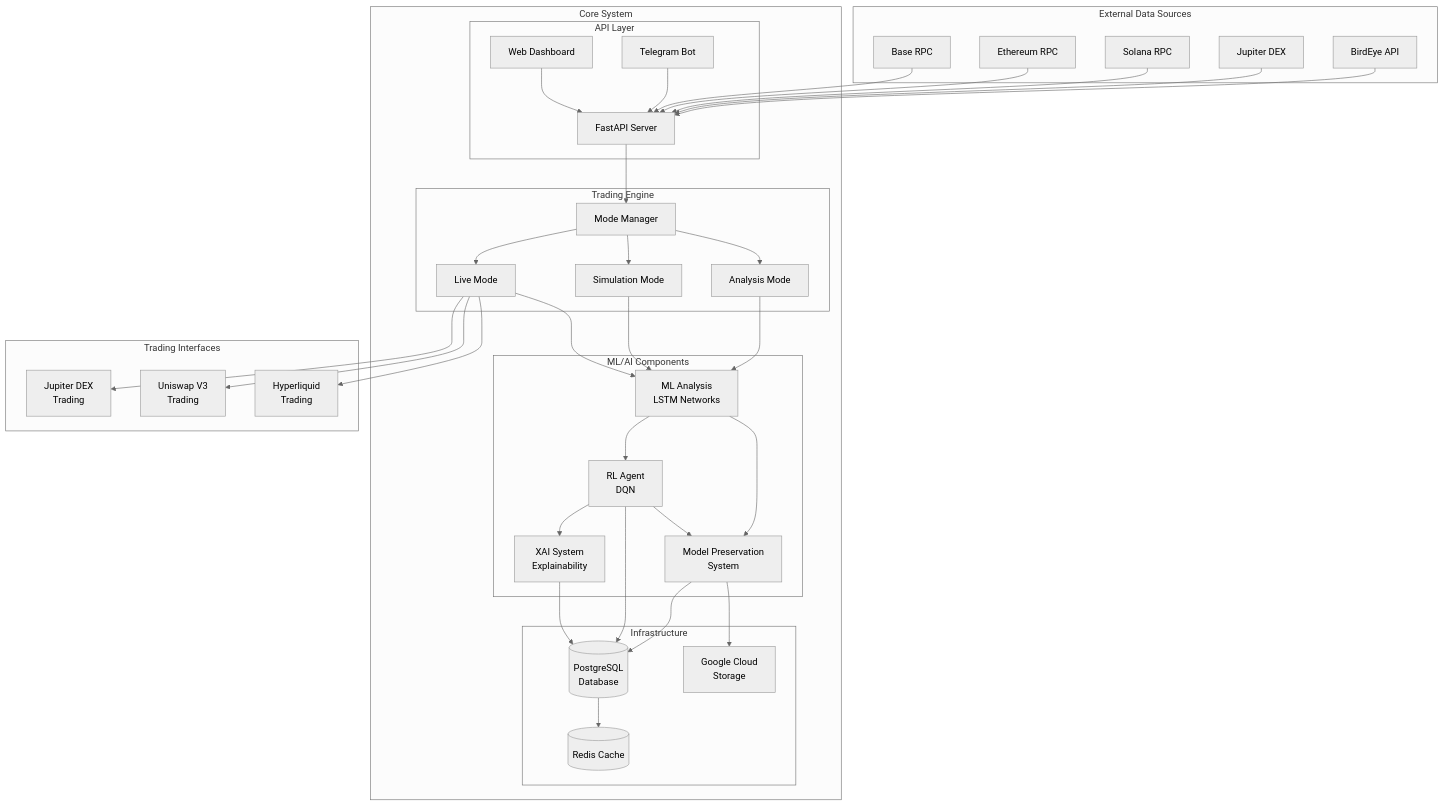
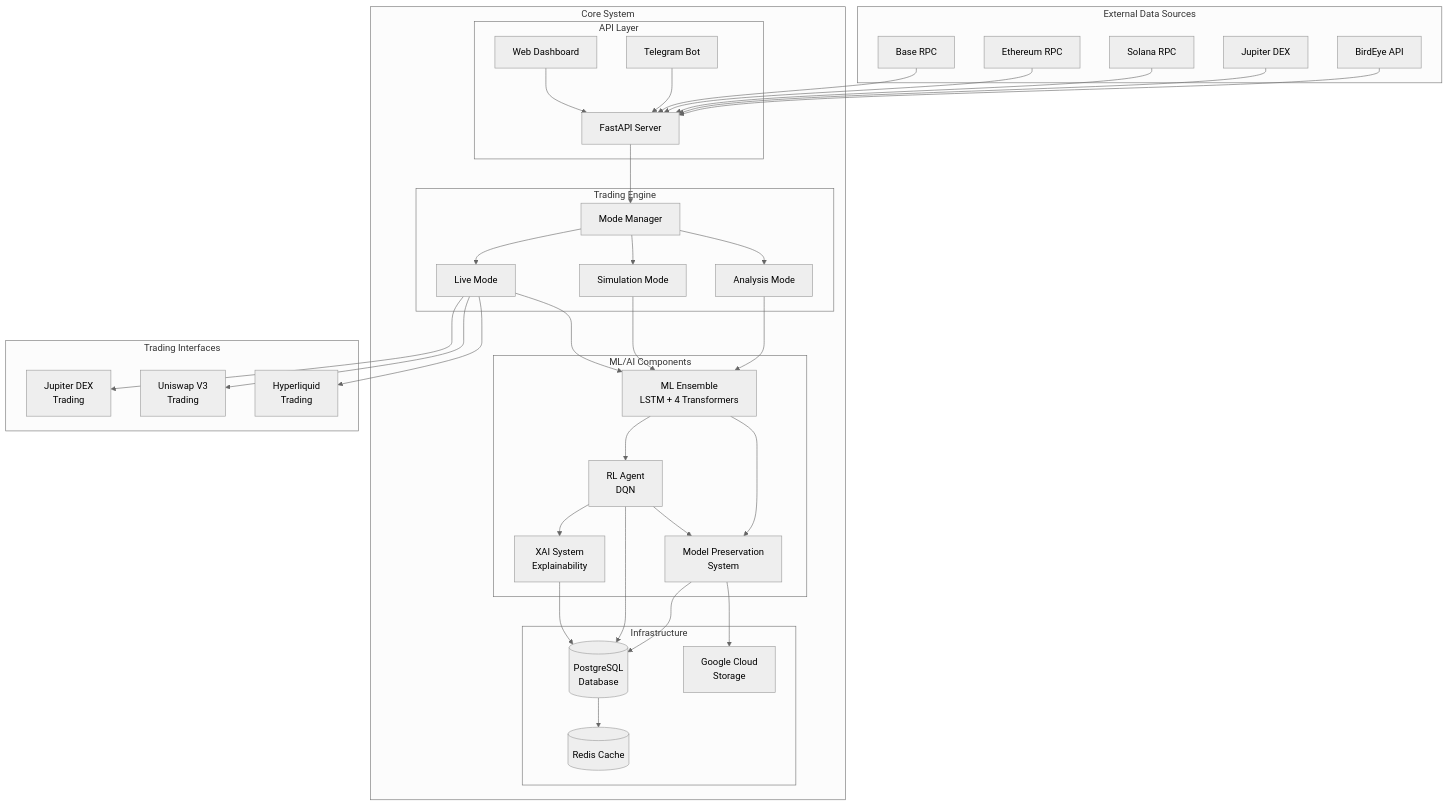
Before and after one commit to daniqan/shyvr-auto: the first of 3 diagrams in README.md, drawn with Mermaid (neutral theme). The commit also changed other lines of this file, not shown here.

Commit message:
update README.md with ENVIRONMENT variable usage and ensemble-only architecture

````diff
--- a/README.md
+++ b/README.md
@@ -101,80 +107,80 @@
 ```mermaid
 graph TB
     subgraph "External Data Sources"
         BirdEye[BirdEye API]
         Jupiter[Jupiter DEX]
         Solana[Solana RPC]
         Ethereum[Ethereum RPC]
         Base[Base RPC]
     end
 
     subgraph "Core System"
         subgraph "API Layer"
             FastAPI[FastAPI Server]
             TelegramBot[Telegram Bot]
             WebDashboard[Web Dashboard]
         end
 
         subgraph "Trading Engine"
             ModeManager[Mode Manager]
             Analysis[Analysis Mode]
             Simulation[Simulation Mode]
             Live[Live Mode]
         end
 
         subgraph "ML/AI Components"
-            MLAnalysis[ML Analysis<br/>LSTM Networks]
+            MLAnalysis[ML Ensemble<br/>LSTM + 4 Transformers]
             RLAgent[RL Agent<br/>DQN]
             XAI[XAI System<br/>Explainability]
             ModelPreservation[Model Preservation<br/>System]
         end
 
         subgraph "Infrastructure"
             PostgreSQL[(PostgreSQL<br/>Database)]
             GCS[Google Cloud<br/>Storage]
             Redis[(Redis Cache)]
         end
     end
 
     subgraph "Trading Interfaces"
         JupiterDEX[Jupiter DEX<br/>Trading]
         UniswapV3[Uniswap V3<br/>Trading]
         Hyperliquid[Hyperliquid<br/>Trading]
     end
 
     %% Data flow
     BirdEye --> FastAPI
     Jupiter --> FastAPI
     Solana --> FastAPI
     Ethereum --> FastAPI
     Base --> FastAPI
 
     TelegramBot --> FastAPI
     WebDashboard --> FastAPI
 
     FastAPI --> ModeManager
     ModeManager --> Analysis
     ModeManager --> Simulation
     ModeManager --> Live
 
     Analysis --> MLAnalysis
     Simulation --> MLAnalysis
     Live --> MLAnalysis
 
     MLAnalysis --> RLAgent
     RLAgent --> XAI
     
     MLAnalysis --> ModelPreservation
     RLAgent --> ModelPreservation
     ModelPreservation --> GCS
     ModelPreservation --> PostgreSQL
 
     RLAgent --> PostgreSQL
     XAI --> PostgreSQL
 
     Live --> JupiterDEX
     Live --> UniswapV3
     Live --> Hyperliquid
 
     PostgreSQL --> Redis
 ```
````
